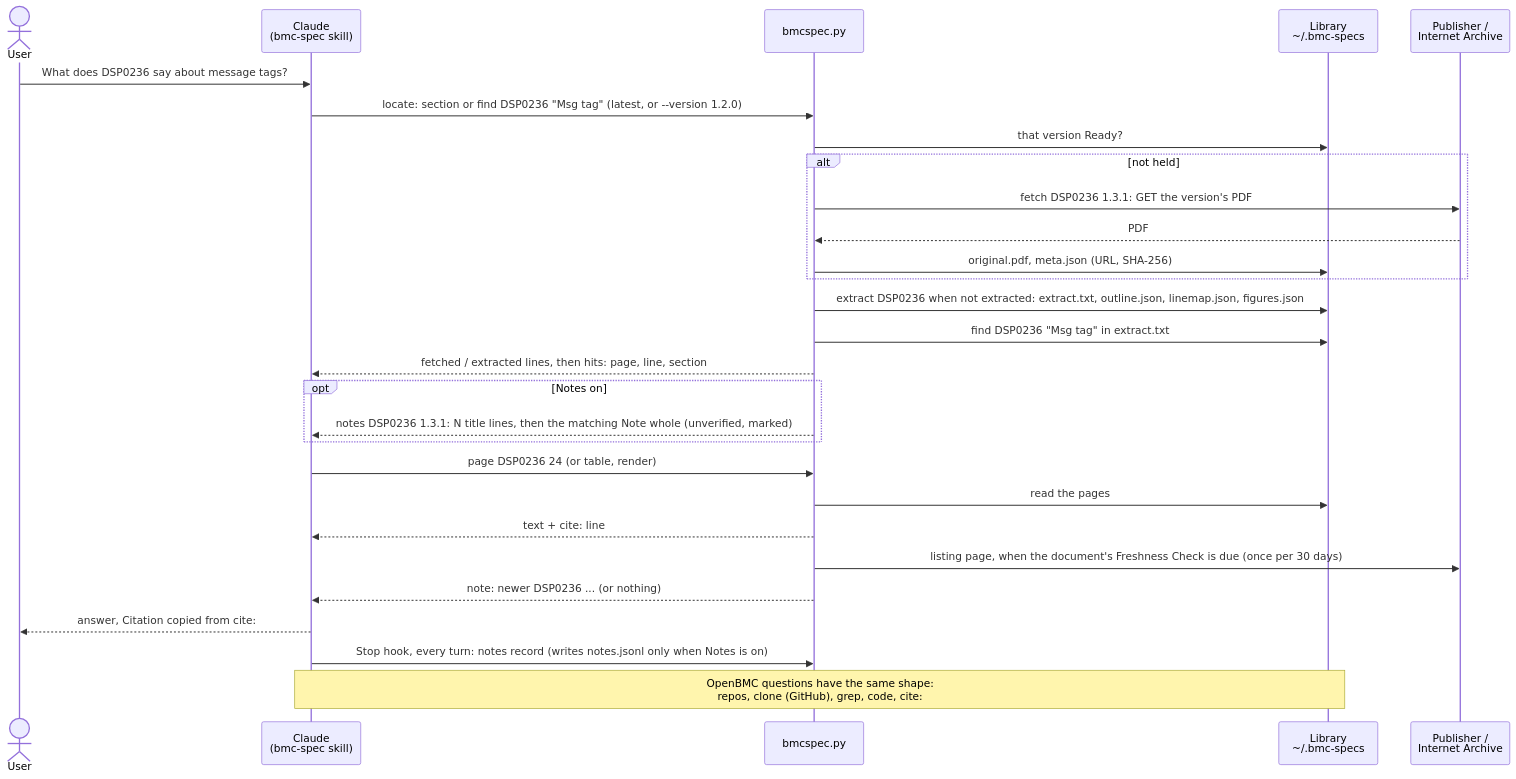
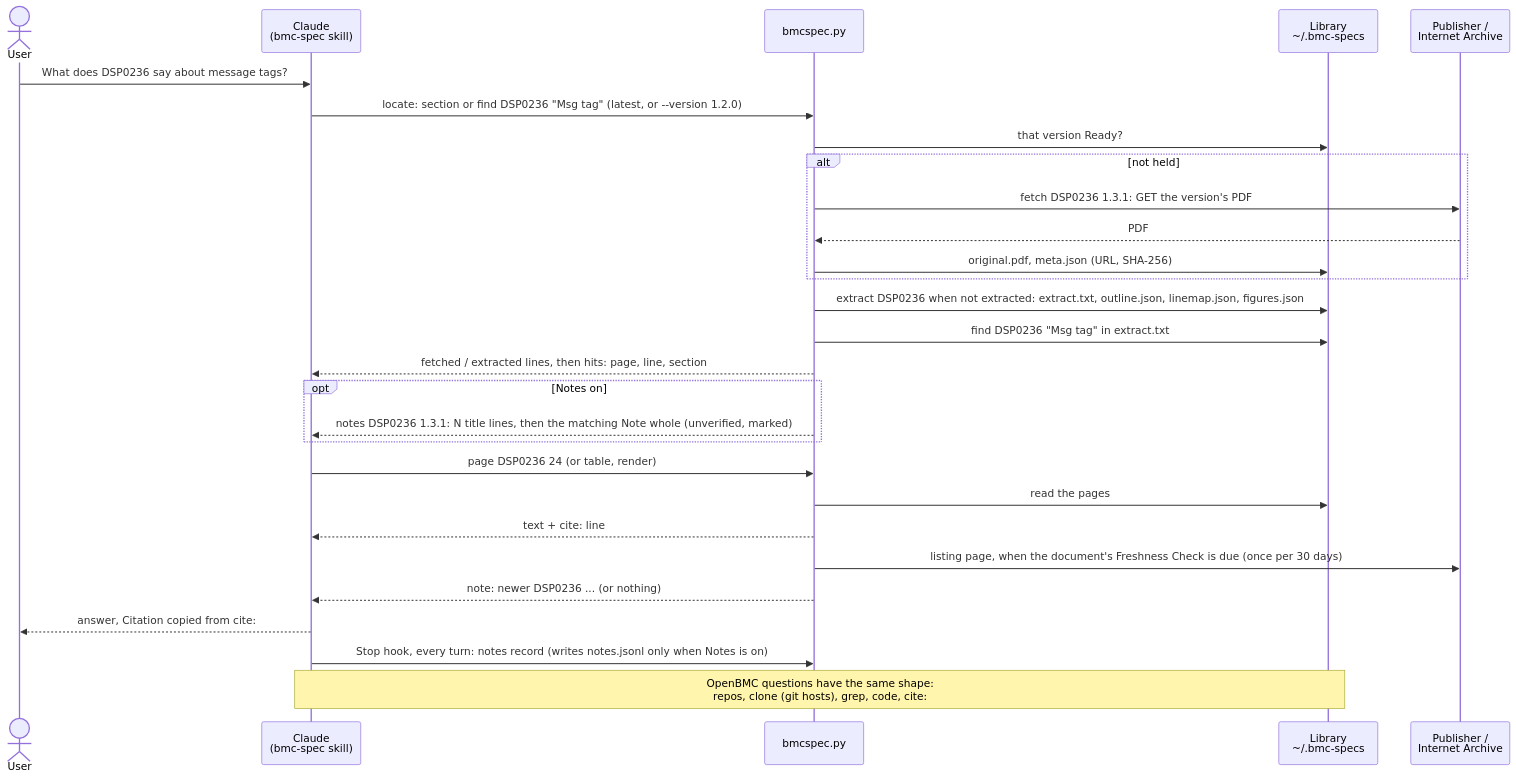
The second of 2 diagrams in README.md (ianmhuang/bmc-toolkit), drawn with Mermaid before and after one commit. The commit also changed other lines of this file and 6 other files, not shown here.

````diff
--- a/README.md
+++ b/README.md
@@ -78,30 +78,30 @@
 ```mermaid
 sequenceDiagram
     actor User
     participant Claude as Claude<br/>(bmc-spec skill)
     participant CLI as bmcspec.py
     participant Lib as Library<br/>~/.bmc-specs
     participant Pub as Publisher /<br/>Internet Archive
     User->>Claude: What does DSP0236 say about message tags?
     Claude->>CLI: locate: section or find DSP0236 "Msg tag" (latest, or --version 1.2.0)
     CLI->>Lib: that version Ready?
     alt not held
         CLI->>Pub: fetch DSP0236 1.3.1: GET the version's PDF
         Pub-->>CLI: PDF
         CLI->>Lib: original.pdf, meta.json (URL, SHA-256)
     end
     CLI->>Lib: extract DSP0236 when not extracted: extract.txt, outline.json, linemap.json, figures.json
     CLI->>Lib: find DSP0236 "Msg tag" in extract.txt
     CLI-->>Claude: fetched / extracted lines, then hits: page, line, section
     opt Notes on
         CLI-->>Claude: notes DSP0236 1.3.1: N title lines, then the matching Note whole (unverified, marked)
     end
     Claude->>CLI: page DSP0236 24 (or table, render)
     CLI->>Lib: read the pages
     CLI-->>Claude: text + cite: line
     CLI->>Pub: listing page, when the document's Freshness Check is due (once per 30 days)
     CLI-->>Claude: note: newer DSP0236 ... (or nothing)
     Claude-->>User: answer, Citation copied from cite:
     Claude->>CLI: Stop hook, every turn: notes record (writes notes.jsonl only when Notes is on)
-    Note over Claude,Lib: OpenBMC questions have the same shape:<br/>repos, clone (GitHub), grep, code, cite:
+    Note over Claude,Lib: OpenBMC questions have the same shape:<br/>repos, clone (git hosts), grep, code, cite:
 ```
````
